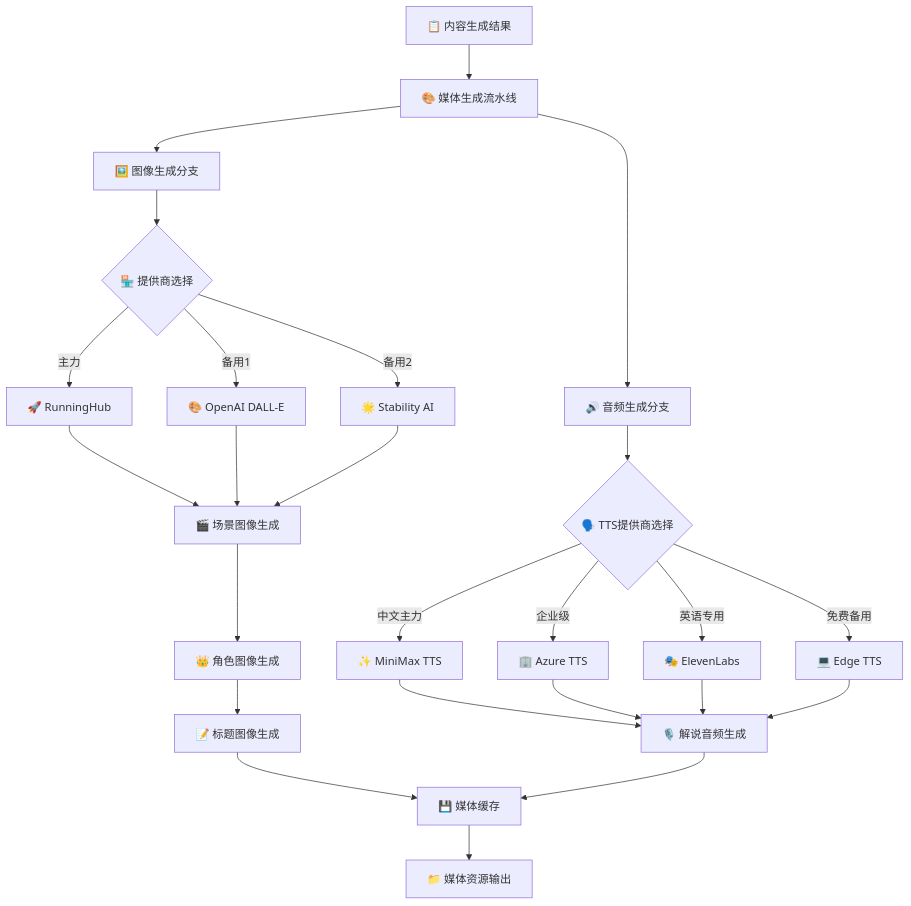
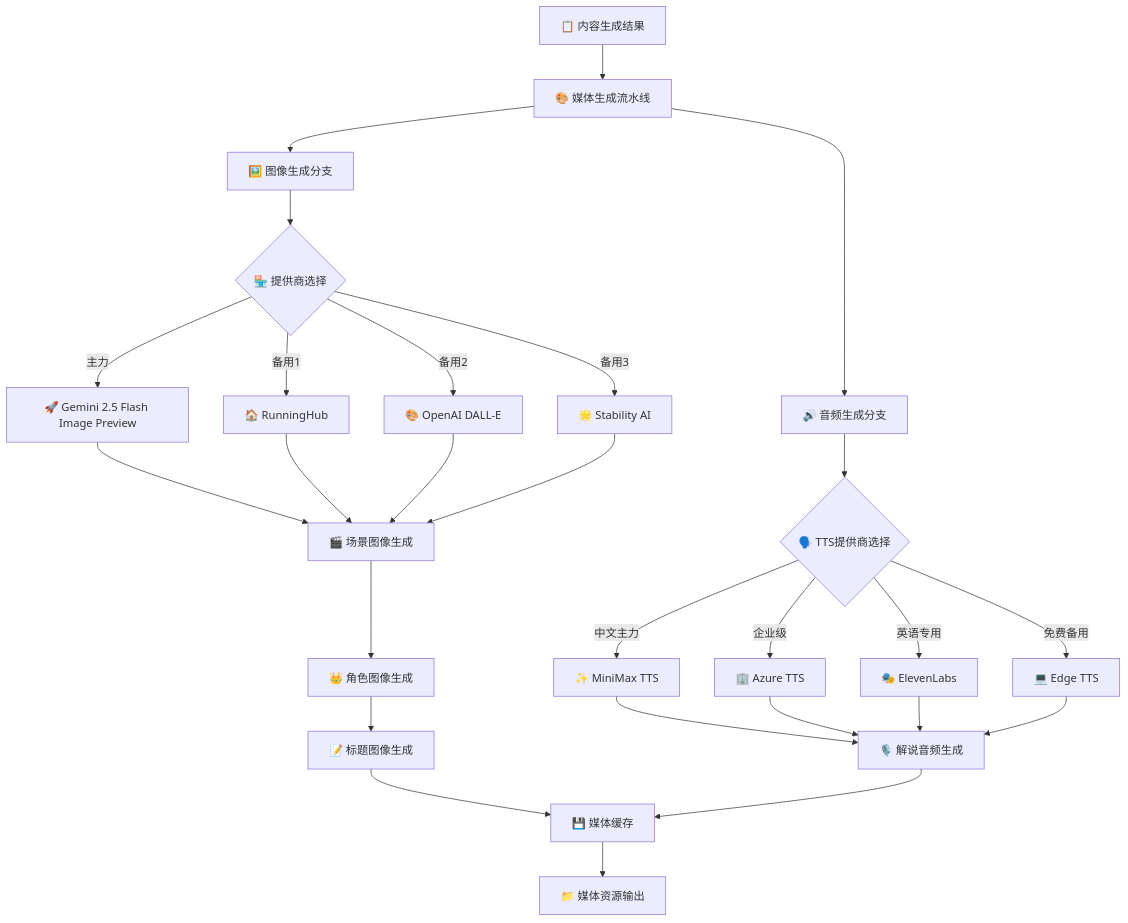
The third of 17 diagrams in WORKFLOW_DIAGRAM.md (qq1151131109/story_video_generator), drawn with Mermaid before and after one commit. The commit also changed other lines of this file and 5 other files, not shown here.

First line of the commit message:
🎨 集成Gemini 2.5 Flash Image Preview作为主力图像生成方案

````diff
--- a/WORKFLOW_DIAGRAM.md
+++ b/WORKFLOW_DIAGRAM.md
@@ -72,35 +72,37 @@
 ```mermaid
 graph TD
     A[📋 内容生成结果] --> B[🎨 媒体生成流水线]
     
     B --> C[🖼️ 图像生成分支]
     B --> D[🔊 音频生成分支]
     
     C --> E{🏪 提供商选择}
-    E -->|主力| F[🚀 RunningHub]
-    E -->|备用1| G[🎨 OpenAI DALL-E]
-    E -->|备用2| H[🌟 Stability AI]
+    E -->|主力| F[🚀 Gemini 2.5 Flash Image Preview]
+    E -->|备用1| G[🏠 RunningHub]
+    E -->|备用2| H[🎨 OpenAI DALL-E]
+    E -->|备用3| I[🌟 Stability AI]
     
-    F --> I[🎬 场景图像生成]
-    G --> I
-    H --> I
+    F --> J[🎬 场景图像生成]
+    G --> J
+    H --> J
+    I --> J
     
-    I --> J[👑 角色图像生成]
-    J --> K[📝 标题图像生成]
+    J --> K[👑 角色图像生成]
+    K --> L[📝 标题图像生成]
     
-    D --> L{🗣️ TTS提供商选择}
-    L -->|中文主力| M[✨ MiniMax TTS]
-    L -->|企业级| N[🏢 Azure TTS]
-    L -->|英语专用| O[🎭 ElevenLabs]
-    L -->|免费备用| P[💻 Edge TTS]
+    D --> M{🗣️ TTS提供商选择}
+    M -->|中文主力| N[✨ MiniMax TTS]
+    M -->|企业级| O[🏢 Azure TTS]
+    M -->|英语专用| P[🎭 ElevenLabs]
+    M -->|免费备用| Q[💻 Edge TTS]
     
-    M --> Q[🎙️ 解说音频生成]
-    N --> Q
-    O --> Q
-    P --> Q
-    
-    K --> R[💾 媒体缓存]
+    N --> R[🎙️ 解说音频生成]
+    O --> R
+    P --> R
     Q --> R
     
-    R --> S[📁 媒体资源输出]
+    L --> S[💾 媒体缓存]
+    R --> S
+    
+    S --> T[📁 媒体资源输出]
 ```
````
